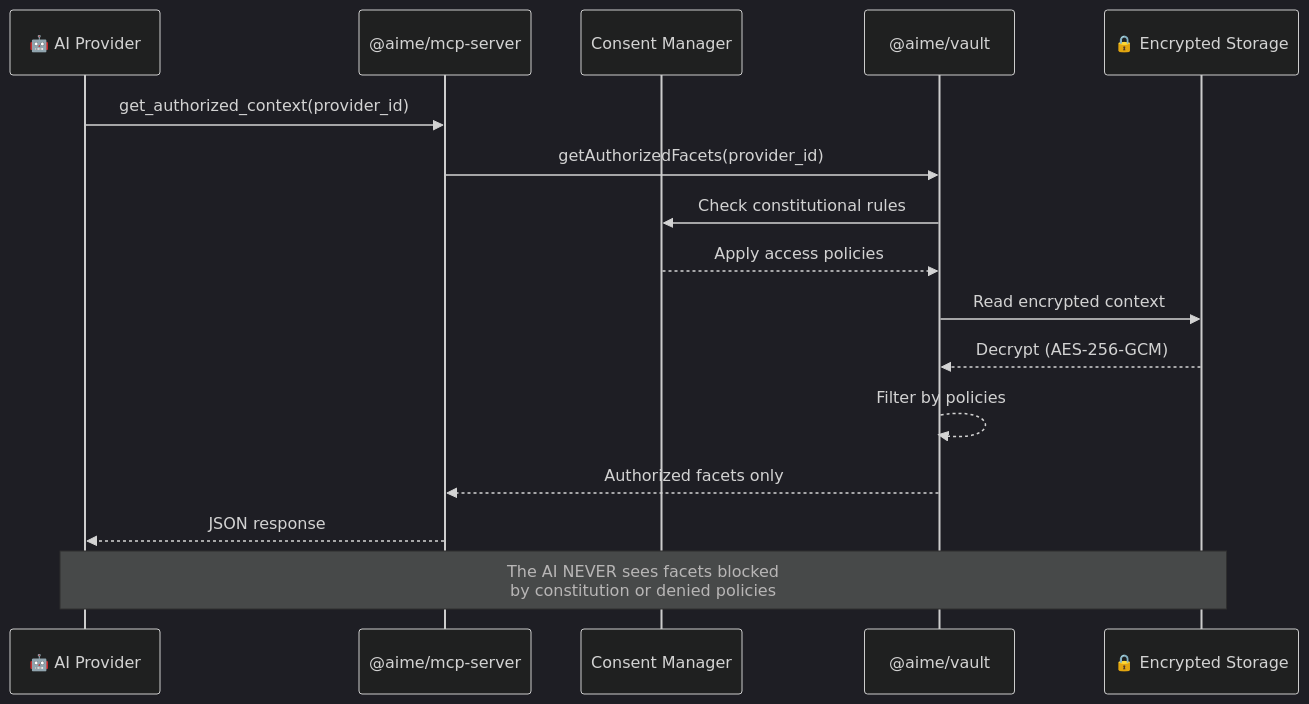
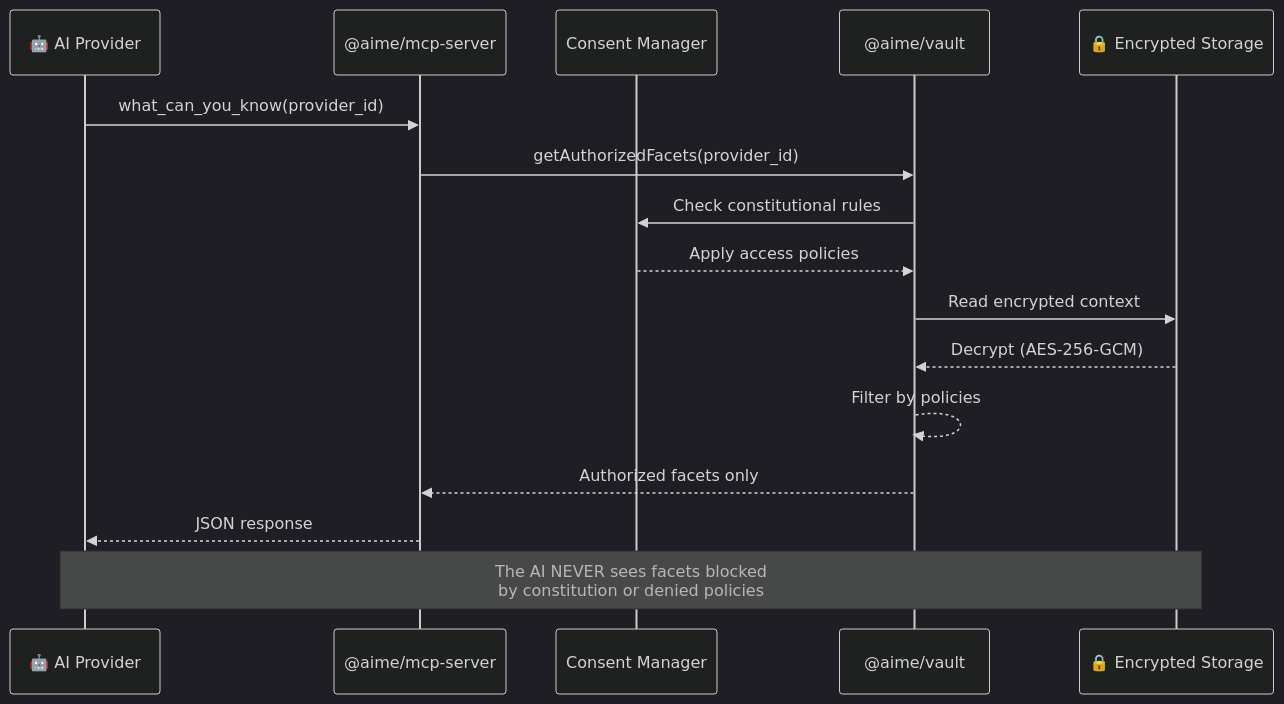
The second of 6 diagrams in docs/design/ARCHITECTURE.md (escamez/aifacet), drawn with Mermaid before and after one commit. The commit also changed other lines of this file and 2 other files, not shown here.

Commit message:
Update docs with renamed MCP tools (about_me, what_can_you_know)

````diff
--- a/docs/design/ARCHITECTURE.md
+++ b/docs/design/ARCHITECTURE.md
@@ -77,22 +77,22 @@
 ```mermaid
 %%{init: {'theme': 'dark', 'themeVariables': {'primaryColor': '#4a9eff', 'primaryTextColor': '#e8e8e8', 'primaryBorderColor': '#6bb3ff', 'lineColor': '#8899aa', 'secondaryColor': '#2d5a8a', 'tertiaryColor': '#1a3550'}}}%%
 
 sequenceDiagram
     participant AI as 🤖 AI Provider
     participant MCP as @aime/mcp-server
     participant Consent as Consent Manager
     participant Vault as @aime/vault
     participant Disk as 🔒 Encrypted Storage
 
-    AI->>MCP: get_authorized_context(provider_id)
+    AI->>MCP: what_can_you_know(provider_id)
     MCP->>Vault: getAuthorizedFacets(provider_id)
     Vault->>Consent: Check constitutional rules
     Consent-->>Vault: Apply access policies
     Vault->>Disk: Read encrypted context
     Disk-->>Vault: Decrypt (AES-256-GCM)
     Vault-->>Vault: Filter by policies
     Vault-->>MCP: Authorized facets only
     MCP-->>AI: JSON response
 
     Note over AI,Disk: The AI NEVER sees facets blocked<br/>by constitution or denied policies
 ```
````
